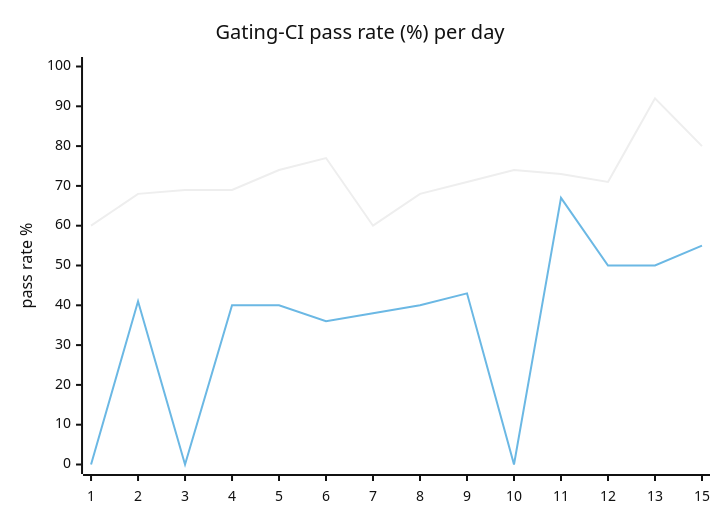
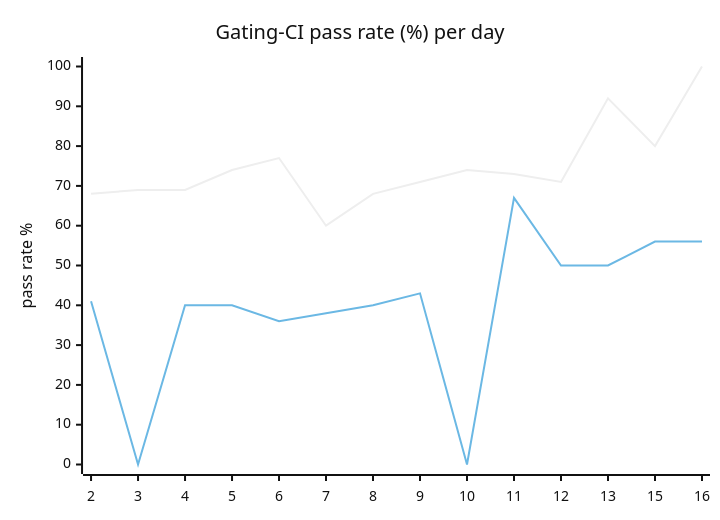
Before and after one commit to hatchet-dev/hatchet: the diagram in hack/ci/ci-dashboard/staging/issue.md, drawn with Mermaid (neutral theme). The commit also changed other lines of this file, not shown here.

````diff
--- a/hack/ci/ci-dashboard/staging/issue.md
+++ b/hack/ci/ci-dashboard/staging/issue.md
@@ -9,8 +9,8 @@
 ```mermaid
 xychart-beta
   title "Gating-CI pass rate (%) per day"
-  x-axis [1, 2, 3, 4, 5, 6, 7, 8, 9, 10, 11, 12, 13, 15]
+  x-axis [2, 3, 4, 5, 6, 7, 8, 9, 10, 11, 12, 13, 15, 16]
   y-axis "pass rate %" 0 --> 100
-  line "CI" [60, 68, 69, 69, 74, 77, 60, 68, 71, 74, 73, 71, 92, 80]
-  line "main" [0, 41, 0, 40, 40, 36, 38, 40, 43, 0, 67, 50, 50, 55]
+  line "CI" [68, 69, 69, 74, 77, 60, 68, 71, 74, 73, 71, 92, 80, 100]
+  line "main" [41, 0, 40, 40, 36, 38, 40, 43, 0, 67, 50, 50, 56, 56]
 ```
````
